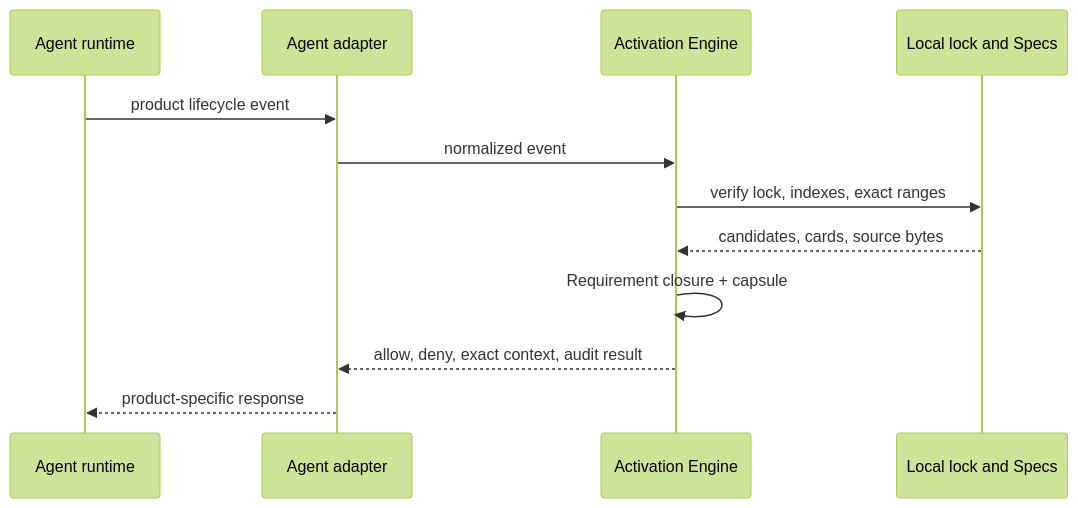
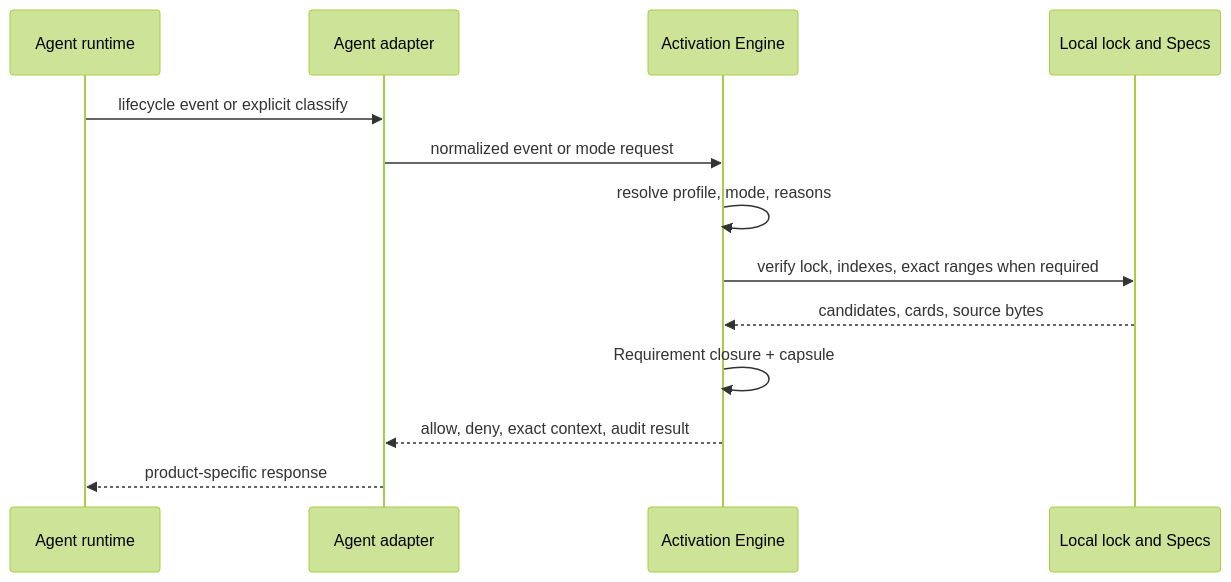
One commit to XiaoWeiKIN/RepoFoundryAI changed the second of 3 diagrams in docs/design-docs/agent-neutral-harness-adapters.md. Above: the diagram before and after it, drawn with Mermaid (forest theme). The commit also changed other lines of this file and 64 other files, not shown here.

````diff
--- a/docs/design-docs/agent-neutral-harness-adapters.md
+++ b/docs/design-docs/agent-neutral-harness-adapters.md
@@ -269,15 +296,16 @@
 ```mermaid
 sequenceDiagram
     participant R as Agent runtime
     participant D as Agent adapter
     participant E as Activation Engine
     participant L as Local lock and Specs
 
-    R->>D: product lifecycle event
-    D->>E: normalized event
-    E->>L: verify lock, indexes, exact ranges
+    R->>D: lifecycle event or explicit classify
+    D->>E: normalized event or mode request
+    E->>E: resolve profile, mode, reasons
+    E->>L: verify lock, indexes, exact ranges when required
     L-->>E: candidates, cards, source bytes
     E->>E: Requirement closure + capsule
     E-->>D: allow, deny, exact context, audit result
     D-->>R: product-specific response
 ```
````
